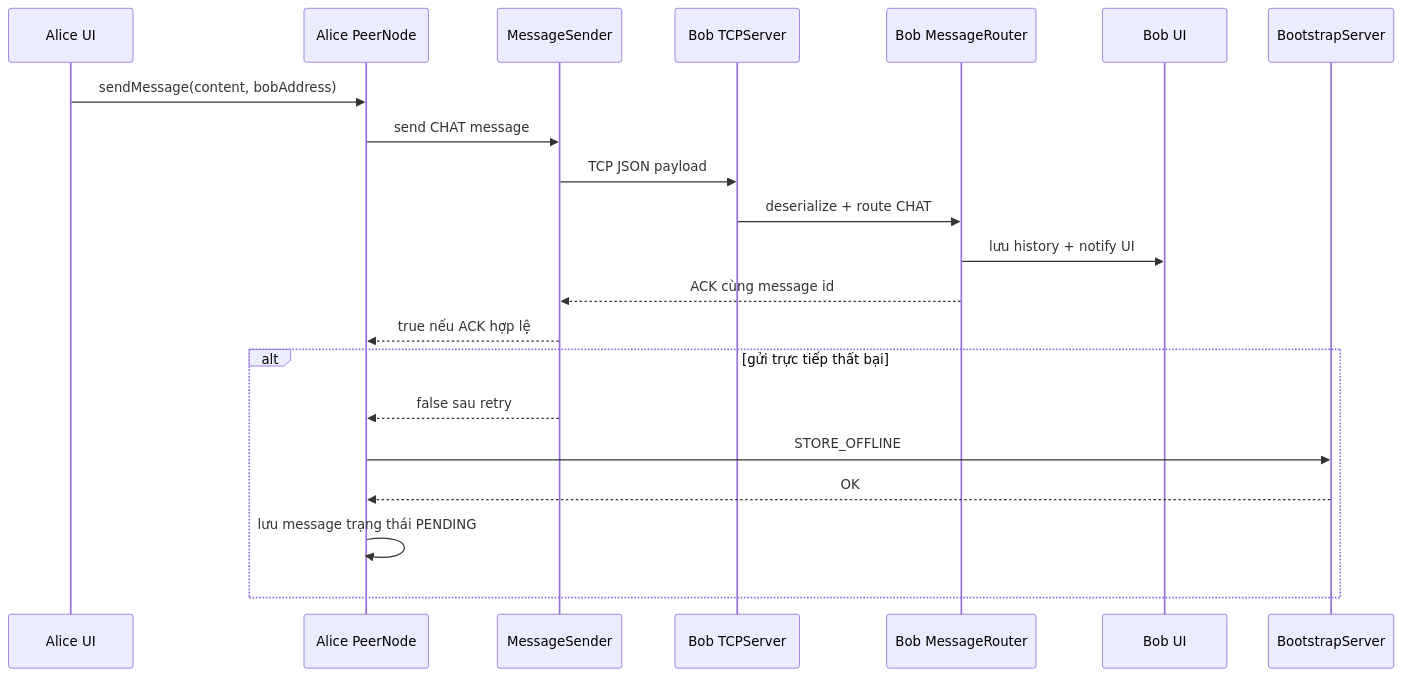
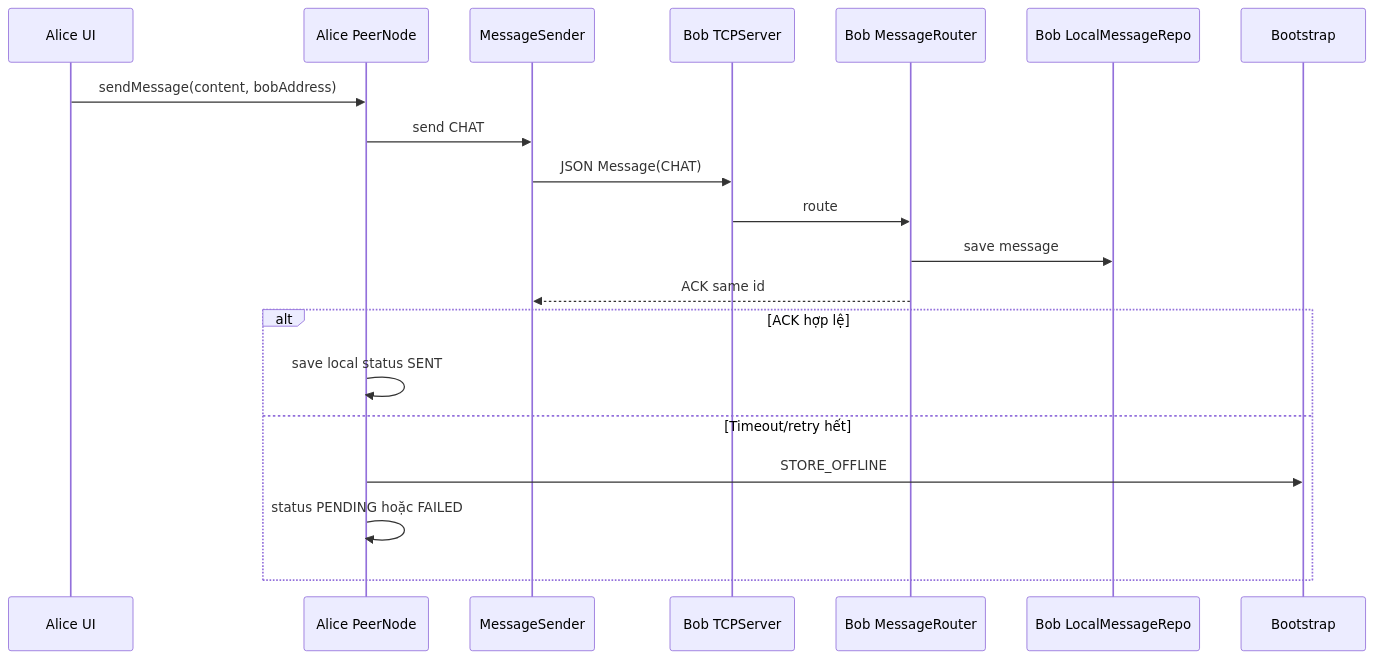
The third of 4 diagrams in docs/nop-bai/02_bao_cao_kien_truc_he_thong.md (dungcony/p2p), drawn with Mermaid before and after one commit. The commit also changed other lines of this file and 9 other files, not shown here.

````diff
--- a/docs/nop-bai/02_bao_cao_kien_truc_he_thong.md
+++ b/docs/nop-bai/02_bao_cao_kien_truc_he_thong.md
@@ -129,24 +122,23 @@
 ```mermaid
 sequenceDiagram
-    participant AliceUI as Alice UI
-    participant Alice as Alice PeerNode
-    participant Sender as MessageSender
-    participant BobTCP as Bob TCPServer
-    participant Router as Bob MessageRouter
-    participant BobUI as Bob UI
-    participant Bootstrap as BootstrapServer
+    participant A as Alice UI
+    participant AN as Alice PeerNode
+    participant AS as MessageSender
+    participant BTCP as Bob TCPServer
+    participant BR as Bob MessageRouter
+    participant BH as Bob LocalMessageRepo
+    participant BS as Bootstrap
 
-    AliceUI->>Alice: sendMessage(content, bobAddress)
-    Alice->>Sender: send CHAT message
-    Sender->>BobTCP: TCP JSON payload
-    BobTCP->>Router: deserialize + route CHAT
-    Router->>BobUI: lưu history + notify UI
-    Router-->>Sender: ACK cùng message id
-    Sender-->>Alice: true nếu ACK hợp lệ
-    alt gửi trực tiếp thất bại
-        Sender-->>Alice: false sau retry
-        Alice->>Bootstrap: STORE_OFFLINE
-        Bootstrap-->>Alice: OK
-        Alice->>Alice: lưu message trạng thái PENDING
+    A->>AN: sendMessage(content, bobAddress)
+    AN->>AS: send CHAT
+    AS->>BTCP: JSON Message(CHAT)
+    BTCP->>BR: route
+    BR->>BH: save message
+    BR-->>AS: ACK same id
+    alt ACK hợp lệ
+        AN->>AN: save local status SENT
+    else Timeout/retry hết
+        AN->>BS: STORE_OFFLINE
+        AN->>AN: status PENDING hoặc FAILED
     end
 ```
````
